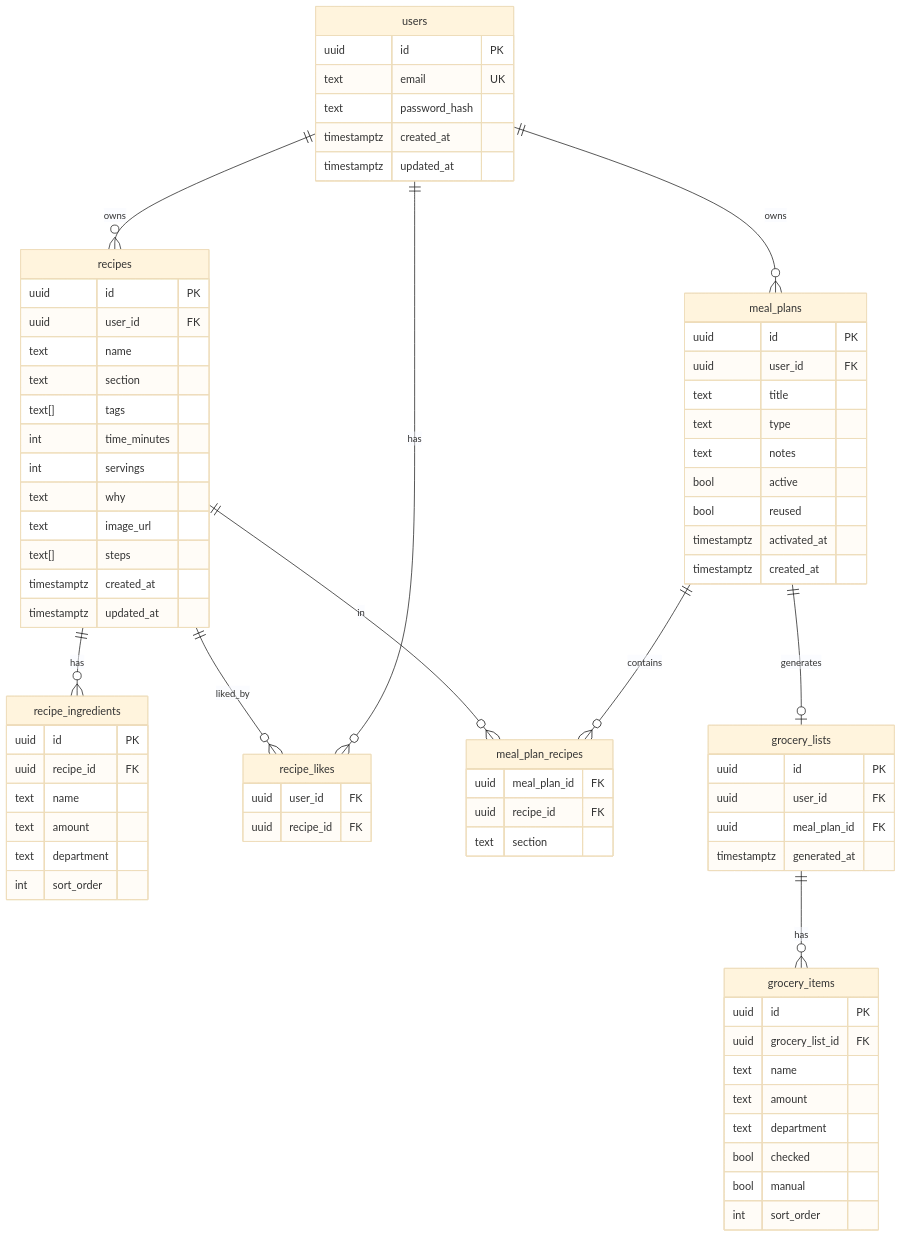
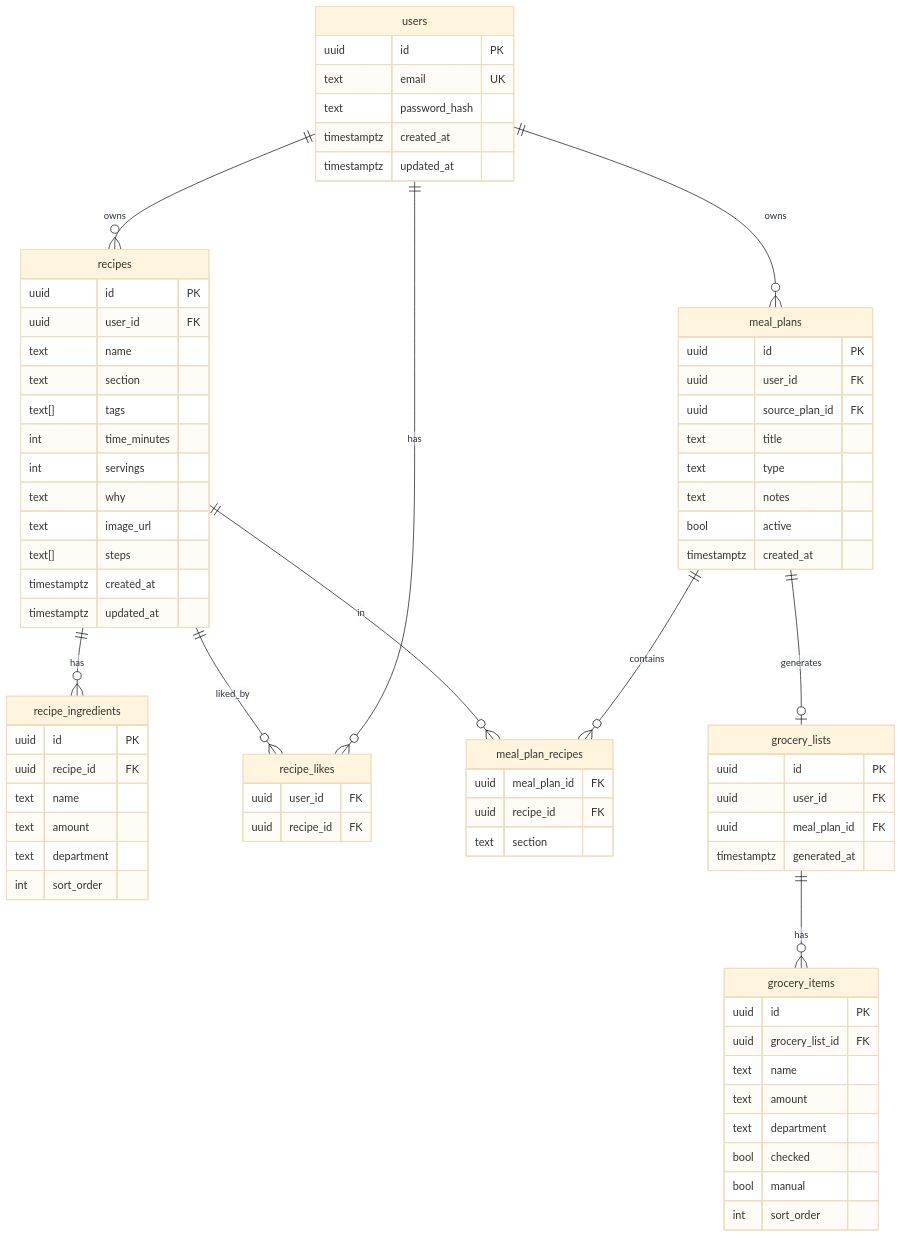
The second of 4 diagrams in ARCHITECTURE.md (hannarijk/mymealprep-backend), drawn with Mermaid (base theme) before and after one commit. The commit also changed other lines of this file and 2 other files, not shown here.

Commit message:
Align e2e suite and docs with simplified plan lifecycle

```diff
--- a/ARCHITECTURE.md
+++ b/ARCHITECTURE.md
@@ -80,12 +80,11 @@
     meal_plans {
         uuid id PK
         uuid user_id FK
+        uuid source_plan_id FK
         text title
         text type
         text notes
         bool active
-        bool reused
-        timestamptz activated_at
         timestamptz created_at
     }
 
```
